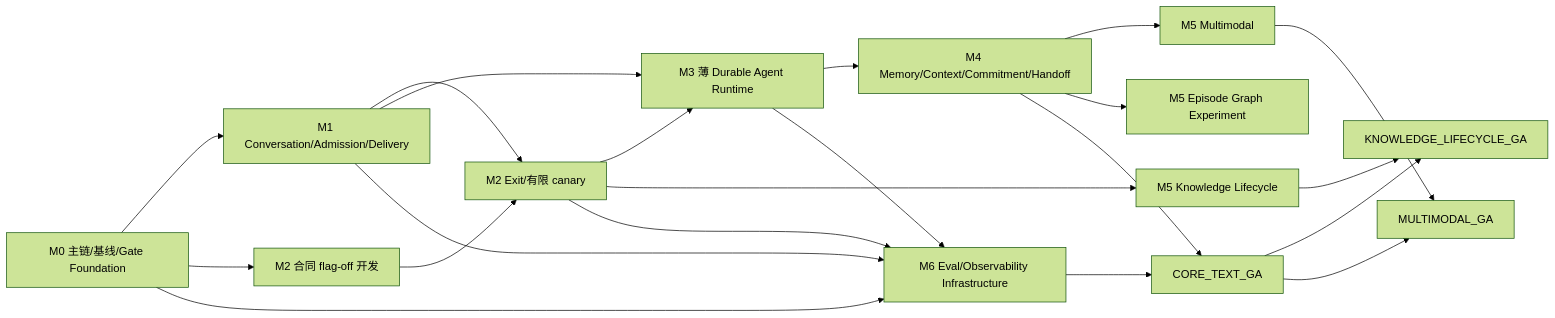
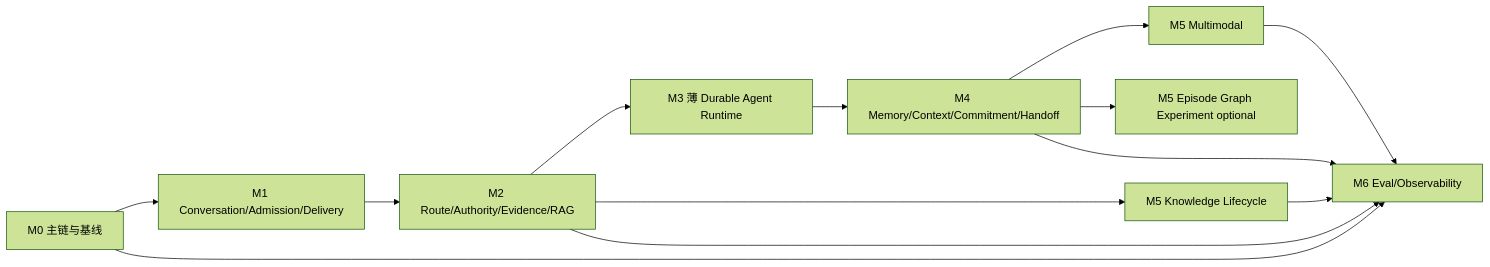
One commit to Garrulus21yyx/DialogPilot changed the diagram in docs/customer-service-agent-implementation-plan.zh-CN.md. Above: the diagram before and after it, drawn with Mermaid (forest theme). The commit also changed other lines of this file and 1 other file, not shown here.

Commit message:
docs(architecture): adopt direct replacement plan

````diff
--- a/docs/customer-service-agent-implementation-plan.zh-CN.md
+++ b/docs/customer-service-agent-implementation-plan.zh-CN.md
@@ -118,23 +131,15 @@
 ```mermaid
 flowchart LR
-    M0[M0 主链/基线/Gate Foundation] --> M1[M1 Conversation/Admission/Delivery]
-    M0 --> M2B[M2 合同 flag-off 开发]
-    M1 --> M2E[M2 Exit/有限 canary]
-    M2B --> M2E
-    M1 --> M3[M3 薄 Durable Agent Runtime]
-    M2E --> M3
+    M0[M0 主链与基线] --> M1[M1 Conversation/Admission/Delivery]
+    M1 --> M2[M2 Route/Authority/Evidence/RAG]
+    M2 --> M3[M3 薄 Durable Agent Runtime]
     M3 --> M4[M4 Memory/Context/Commitment/Handoff]
-    M2E --> K[M5 Knowledge Lifecycle]
+    M2 --> K[M5 Knowledge Lifecycle]
     M4 --> MM[M5 Multimodal]
-    M4 --> GX[M5 Episode Graph Experiment]
-    M0 --> M6[M6 Eval/Observability Infrastructure]
-    M1 --> M6
-    M2E --> M6
-    M3 --> M6
-    M4 --> CORE[CORE_TEXT_GA]
-    M6 --> CORE
-    K --> KGA[KNOWLEDGE_LIFECYCLE_GA]
-    CORE --> KGA
-    MM --> MGA[MULTIMODAL_GA]
-    CORE --> MGA
+    M4 --> GX[M5 Episode Graph Experiment optional]
+    M0 --> M6[M6 Eval/Observability]
+    M2 --> M6
+    M4 --> M6
+    K --> M6
+    MM --> M6
 ```
````
